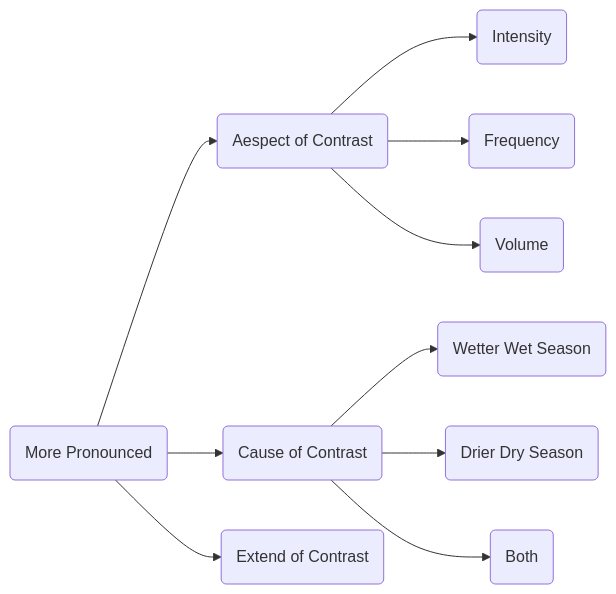
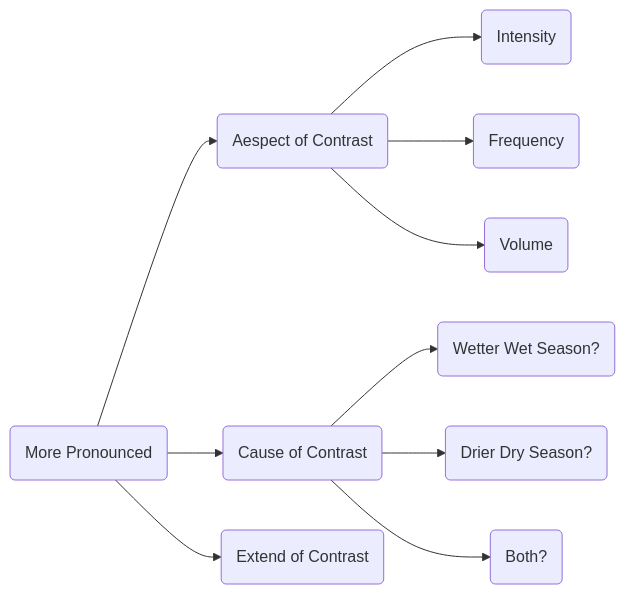
One commit to llljyjy/VAA_ljyjiayi changed the diagram in Take-home_Ex/Take-home_Ex03/Take-home_Ex03.qmd. Above: the diagram before and after it, drawn with Mermaid. The commit also changed other lines of this file and 9 other files, not shown here.

````diff
--- a/Take-home_Ex/Take-home_Ex03/Take-home_Ex03.qmd
+++ b/Take-home_Ex/Take-home_Ex03/Take-home_Ex03.qmd
@@ -45,14 +45,14 @@
 ```{mermaid}
 %%| fig-width: 6.5
 %%| echo: false
 flowchart LR
 A(More Pronounced) --> B(Aespect of Contrast)
 B --> C(Intensity)
 B --> D(Frequency)
 B --> E(Volume)
 A --> F(Cause of Contrast)
-F --> G(Wetter Wet Season)
-F --> H(Drier Dry Season)
-F --> I(Both)
+F --> G(Wetter Wet Season?)
+F --> H(Drier Dry Season?)
+F --> I(Both?)
 A --> J(Extend of Contrast)
 ```
````
